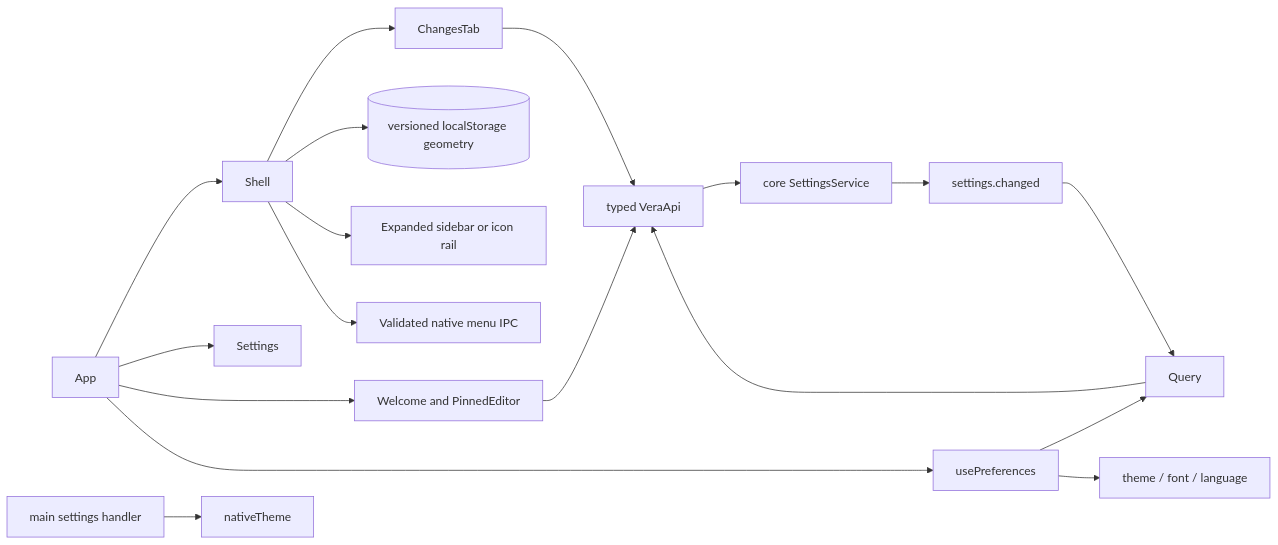
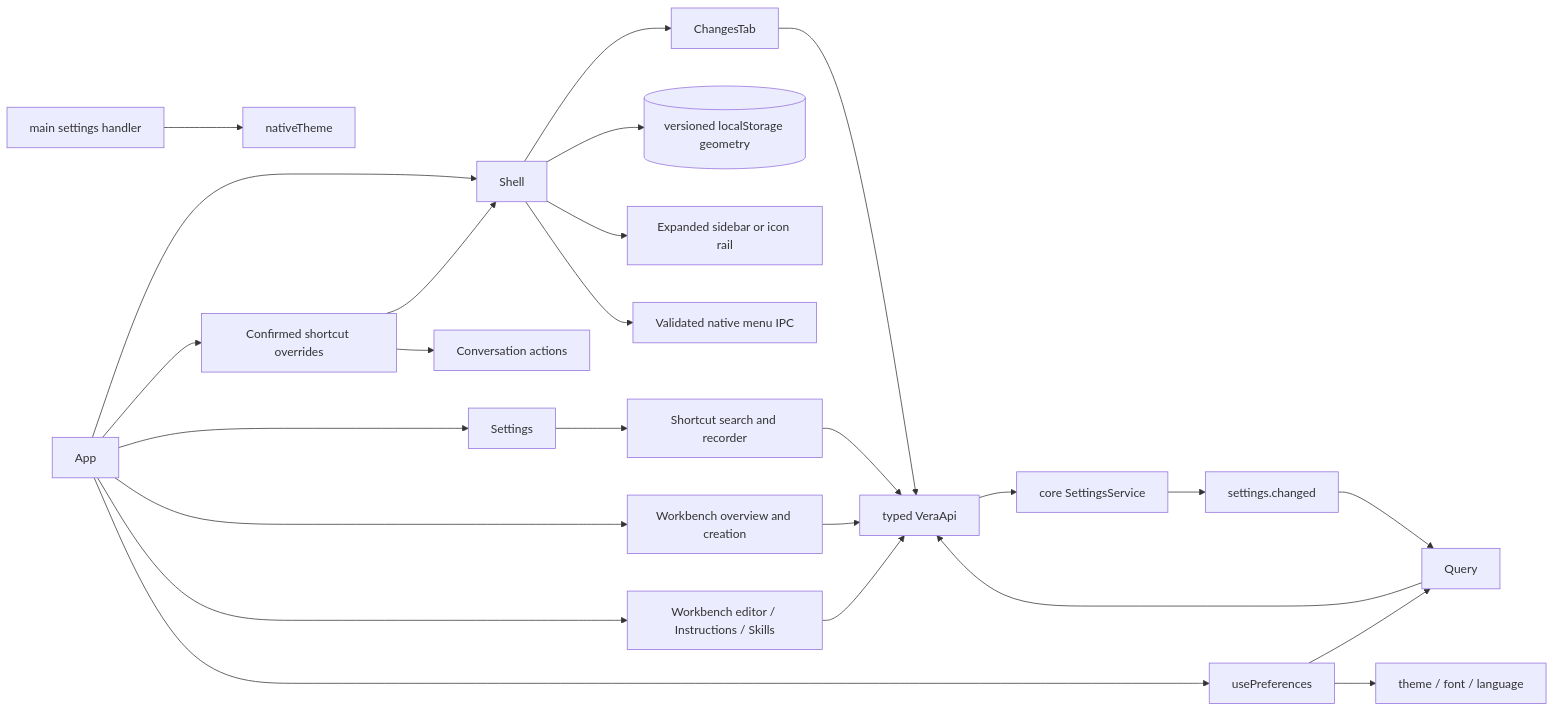
Before and after one commit to DDP-Engineering/2026_Virtual_Embedded_Rig_Assistant: the diagram in .agentic/knowledge/renderer-foundation.md, drawn with Mermaid. The commit also changed other lines of this file and 72 other files, not shown here.

First line of the commit message:
feat(workbench): refine project navigation, settings and keyboard shortcuts

````diff
--- a/.agentic/knowledge/renderer-foundation.md
+++ b/.agentic/knowledge/renderer-foundation.md
@@ -86,20 +86,27 @@
 ```mermaid
 flowchart LR
   App --> Shell
+  App --> ShortcutContext[Confirmed shortcut overrides]
+  ShortcutContext --> Shell
+  ShortcutContext --> Workspace[Conversation actions]
+  Settings --> ShortcutEditor[Shortcut search and recorder]
+  ShortcutEditor --> API
   App --> Settings
-  App --> Workbench[Welcome and PinnedEditor]
+  App --> Workbench[Workbench overview and creation]
+  App --> Editor[Workbench editor / Instructions / Skills]
+  Editor --> API
   Workbench --> API
   App --> usePreferences
   usePreferences --> Query
   Query --> API[typed VeraApi]
   API --> service[core SettingsService]
   service --> event[settings.changed]
   event --> Query
   usePreferences --> root[theme / font / language]
   Shell --> ChangesTab
   ChangesTab --> API
   Shell --> layout[(versioned localStorage geometry)]
   Shell --> Rail[Expanded sidebar or icon rail]
   Shell --> NativeMenu[Validated native menu IPC]
   main[main settings handler] --> nativeTheme
 ```
````
